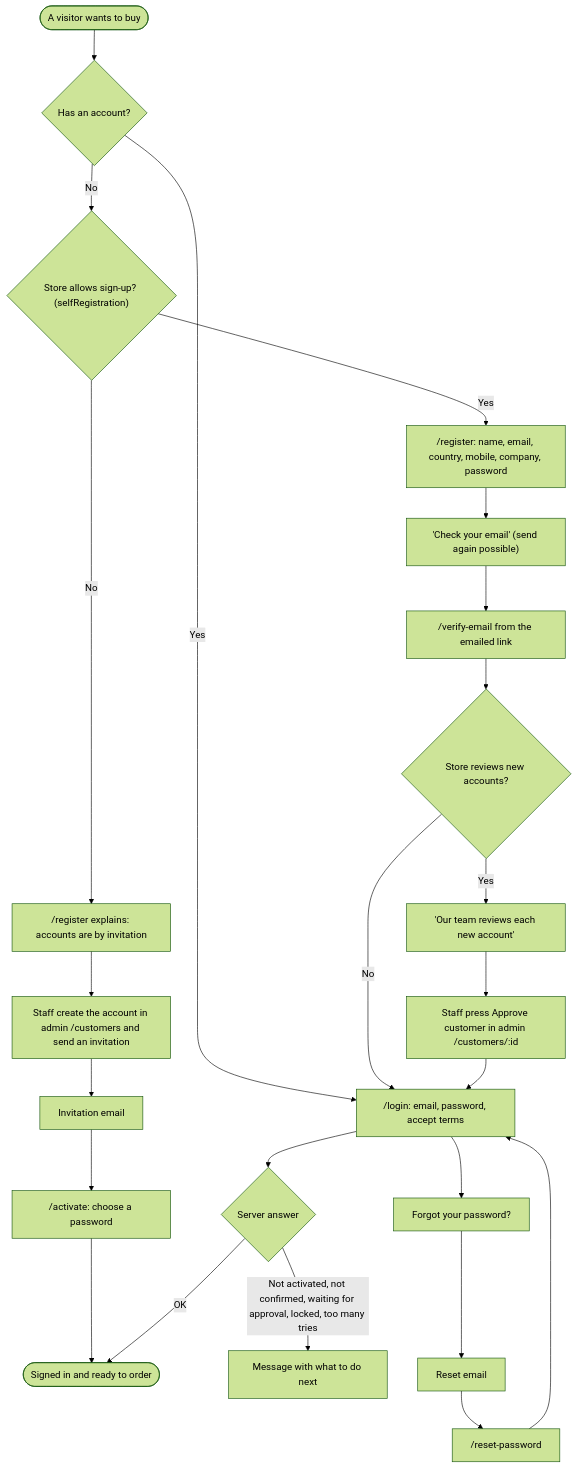
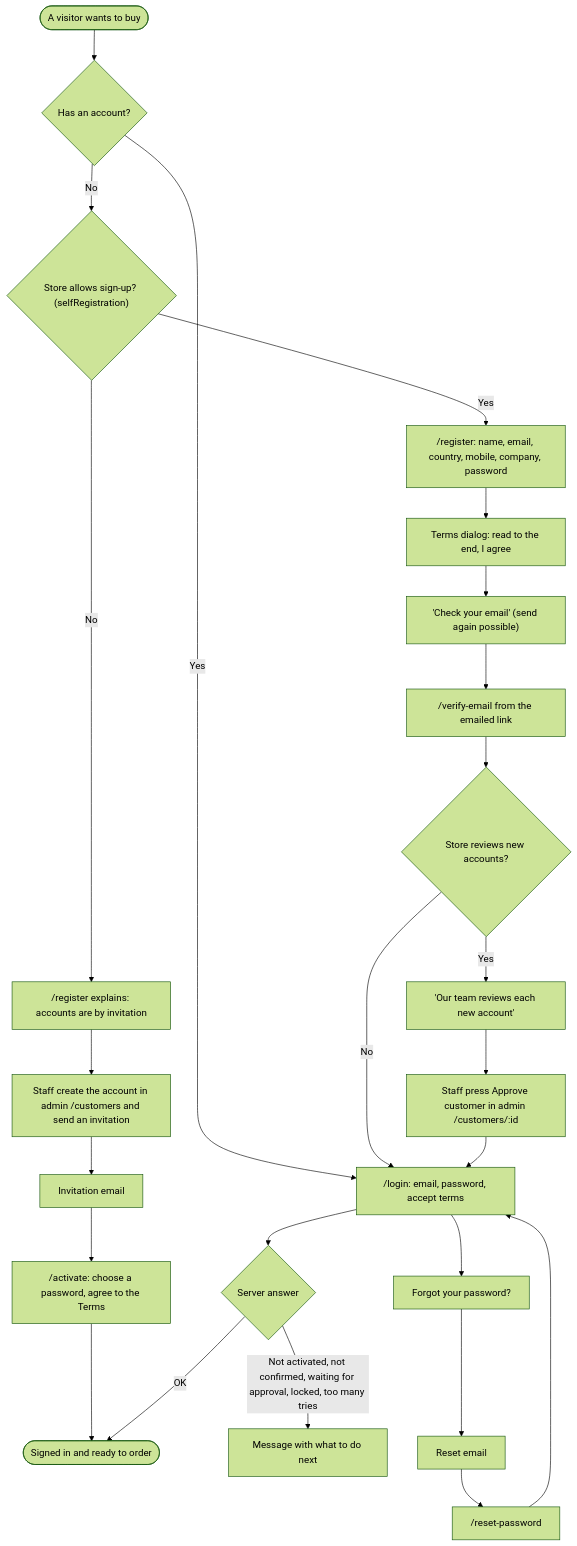
Before and after one commit to UBoss-AI/UBoss-Sourcing: the fifth of 17 diagrams in docs/UI-SCREENS.md, drawn with Mermaid (forest theme). The commit also changed other lines of this file and 182 other files, not shown here.

````diff
--- a/docs/UI-SCREENS.md
+++ b/docs/UI-SCREENS.md
@@ -6178,22 +6457,23 @@
 ```mermaid
 flowchart TD
   Start(["A visitor wants to buy"]) --> HasAcct{"Has an account?"}
   HasAcct -->|"Yes"| Login["/login: email, password, accept terms"]
   HasAcct -->|"No"| SelfReg{"Store allows sign-up? (selfRegistration)"}
   SelfReg -->|"No"| ByInvite["/register explains: accounts are by invitation"]
   ByInvite --> StaffCreate["Staff create the account in admin /customers and send an invitation"]
-  StaffCreate --> InviteMail["Invitation email"] --> Activate["/activate: choose a password"]
+  StaffCreate --> InviteMail["Invitation email"] --> Activate["/activate: choose a password, agree to the Terms"]
   Activate --> SignedIn(["Signed in and ready to order"])
   SelfReg -->|"Yes"| Register["/register: name, email, country, mobile, company, password"]
-  Register --> CheckMail["'Check your email' (send again possible)"]
+  Register --> Terms["Terms dialog: read to the end, I agree"]
+  Terms --> CheckMail["'Check your email' (send again possible)"]
   CheckMail --> VerifyLink["/verify-email from the emailed link"]
   VerifyLink --> Review{"Store reviews new accounts?"}
   Review -->|"No"| Login
   Review -->|"Yes"| Wait["'Our team reviews each new account'"]
   Wait --> Approve["Staff press Approve customer in admin /customers/:id"]
   Approve --> Login
   Login --> Result{"Server answer"}
   Result -->|"OK"| SignedIn
   Result -->|"Not activated, not confirmed, waiting for approval, locked, too many tries"| Help["Message with what to do next"]
   Login --> Forgot["Forgot your password?"] --> ResetMail["Reset email"] --> Reset["/reset-password"] --> Login
 ```
````
